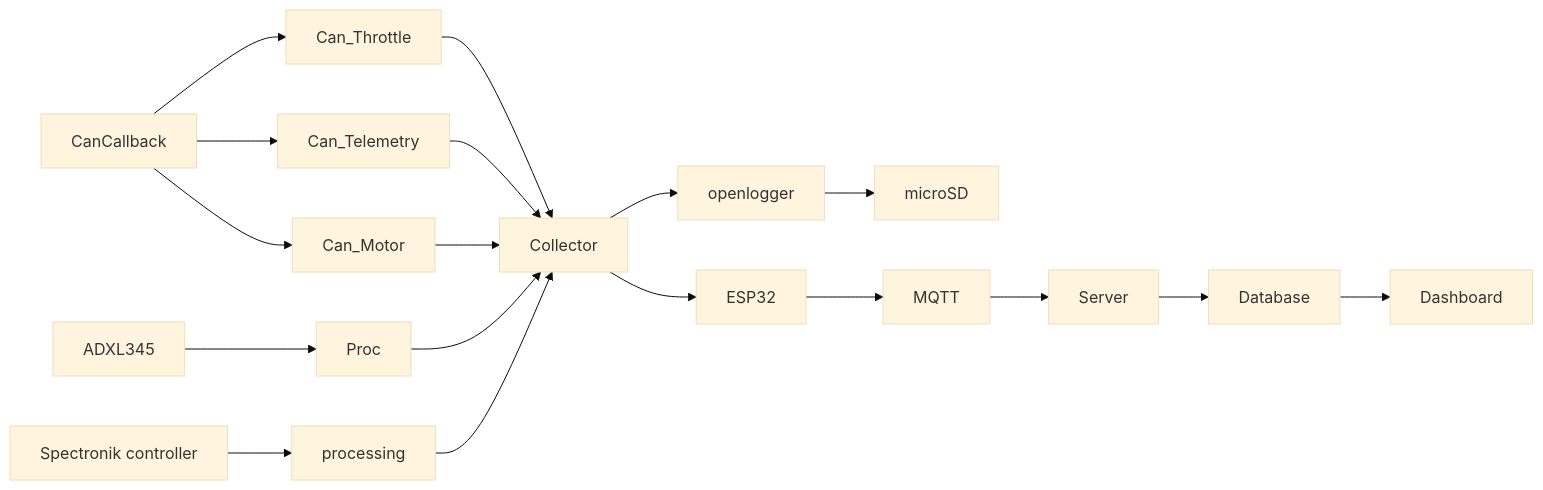
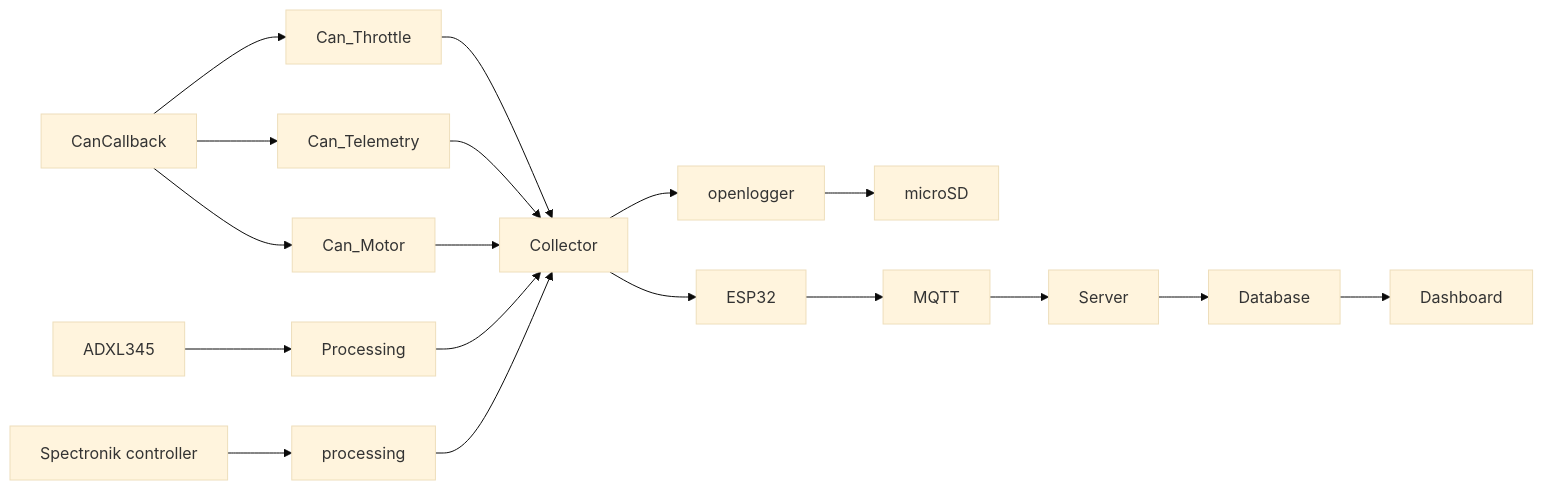
One commit to Svdwege/wikiWip changed the diagram in home.asciidoc. Above: the diagram before and after it, drawn with Mermaid (base theme).

Commit message:
Update home

```diff
--- a/home.asciidoc
+++ b/home.asciidoc
@@ -13,27 +13,27 @@
 [mermaid]
 ----
 graph LR
-    ADXL[ADXL345] --> P1[Proc]
-    Spc[Spectronik controller]--> P2[processing]
+    ADXL[ADXL345] --> P1[Processing]
+    Spc[Spectronik controller]--> P2[Processing]
 
     cb[CanCallback] --> Can_Throttle
     cb --> Can_Telemetry
     cb --> Can_Motor
 
     Can_Throttle -->Collect
     Can_Telemetry -->Collect
     Can_Motor -->Collect
 
     P1 --> Collect[Collector]
     P2[processing] --> Collect
 
     Collect --> ESP32
     Collect --> openlogger
 
     openlogger --> microSD
 
     ESP32 --> MQTT
     MQTT --> Server
     Server --> Database
     Database --> Dashboard
 ----
```
